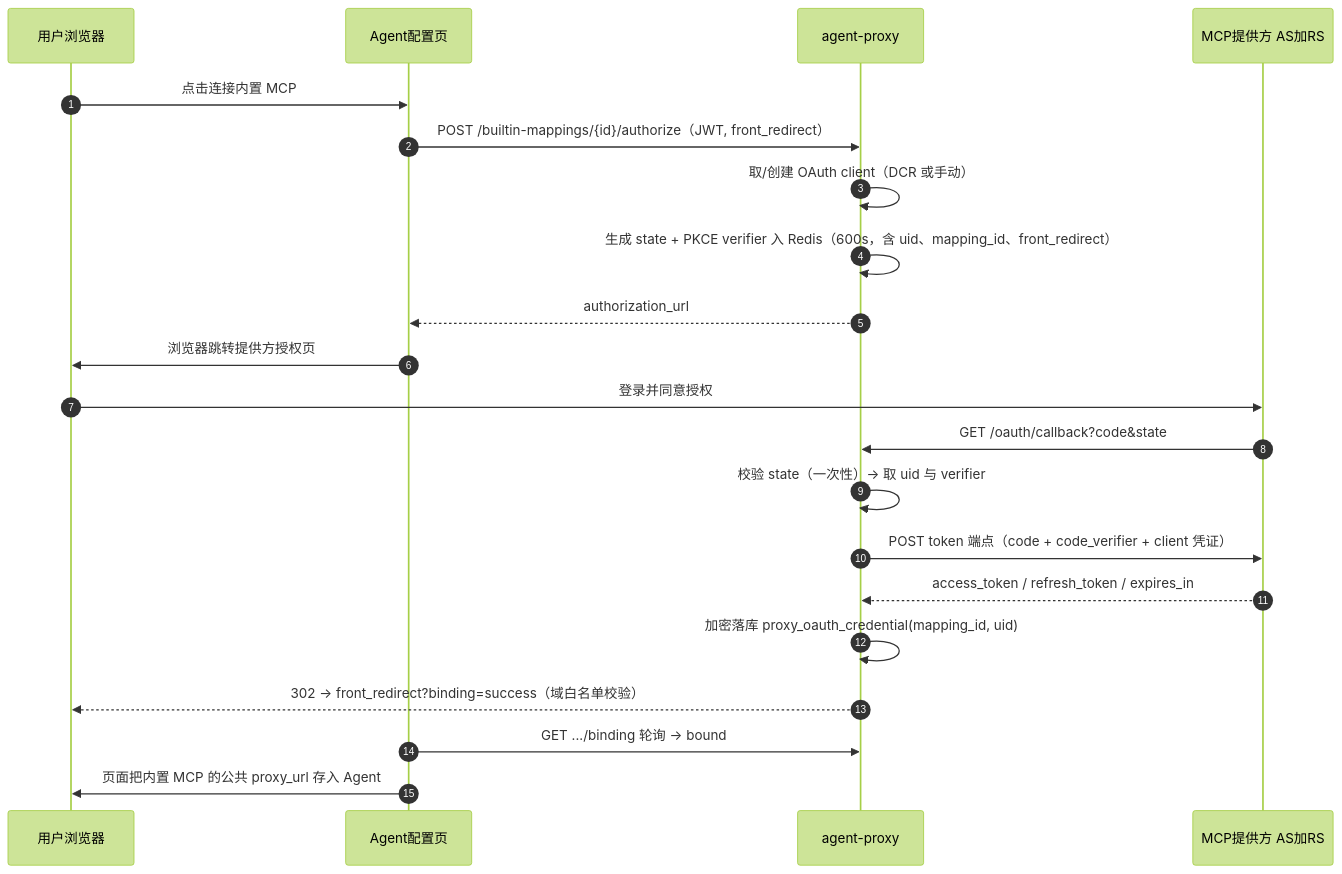
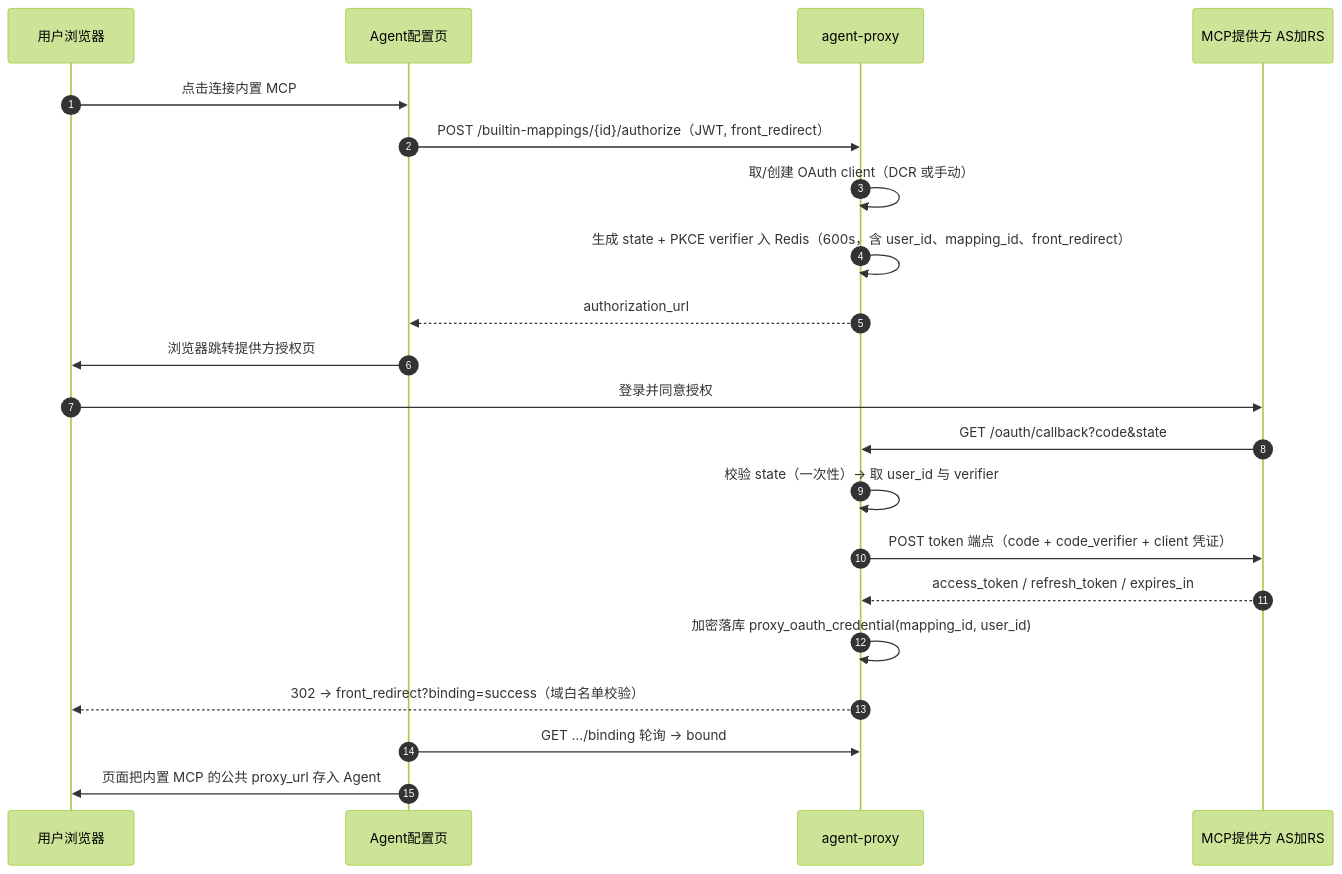
Before and after one commit to BoboBH/agent-proxy: the seventh of 8 diagrams in docs/superpowers/specs/2026-11-21-agent-proxy-design.md, drawn with Mermaid (forest theme). The commit also changed other lines of this file and 23 other files, not shown here.

````diff
--- a/docs/superpowers/specs/2026-11-21-agent-proxy-design.md
+++ b/docs/superpowers/specs/2026-11-21-agent-proxy-design.md
@@ -819,23 +819,23 @@
 ```mermaid
 sequenceDiagram
     autonumber
     participant U as 用户浏览器
     participant P as Agent配置页
     participant X as agent-proxy
     participant A as MCP提供方 AS加RS
     U->>P: 点击连接内置 MCP
     P->>X: POST /builtin-mappings/{id}/authorize（JWT, front_redirect）
     X->>X: 取/创建 OAuth client（DCR 或手动）
-    X->>X: 生成 state + PKCE verifier 入 Redis（600s，含 uid、mapping_id、front_redirect）
+    X->>X: 生成 state + PKCE verifier 入 Redis（600s，含 user_id、mapping_id、front_redirect）
     X-->>P: authorization_url
     P->>U: 浏览器跳转提供方授权页
     U->>A: 登录并同意授权
     A->>X: GET /oauth/callback?code&state
-    X->>X: 校验 state（一次性）→ 取 uid 与 verifier
+    X->>X: 校验 state（一次性）→ 取 user_id 与 verifier
     X->>A: POST token 端点（code + code_verifier + client 凭证）
     A-->>X: access_token / refresh_token / expires_in
-    X->>X: 加密落库 proxy_oauth_credential(mapping_id, uid)
+    X->>X: 加密落库 proxy_oauth_credential(mapping_id, user_id)
     X-->>U: 302 → front_redirect?binding=success（域白名单校验）
     P->>X: GET .../binding 轮询 → bound
     P->>U: 页面把内置 MCP 的公共 proxy_url 存入 Agent
 ```
````
